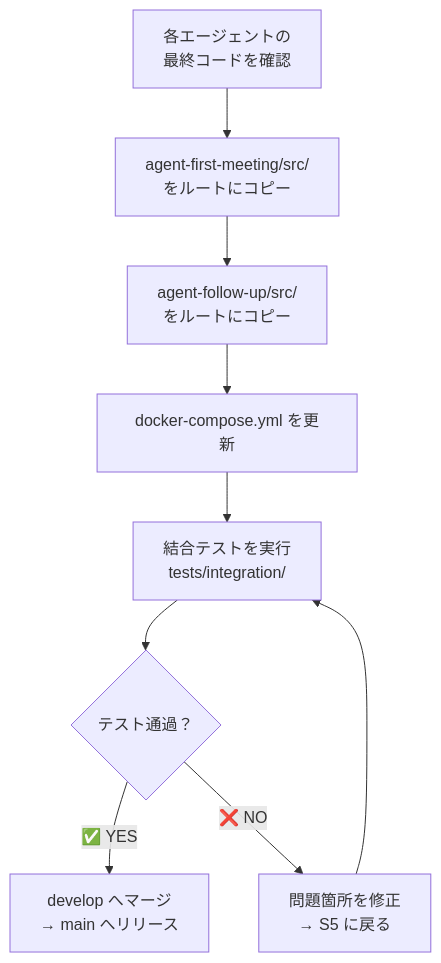
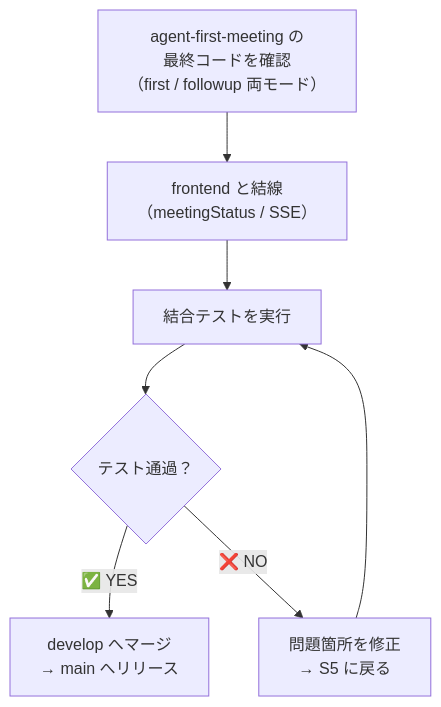
The fifth of 5 diagrams in README.md (mintyobi/agentic_ai_for_hackathon), drawn with Mermaid before and after one commit. The commit also changed other lines of this file and 8 other files, not shown here.

````diff
--- a/README.md
+++ b/README.md
@@ -290,11 +284,9 @@
 ```mermaid
 flowchart TD
-    S1["各エージェントの<br>最終コードを確認"] --> S2["agent-first-meeting/src/<br>をルートにコピー"]
-    S2 --> S3["agent-follow-up/src/<br>をルートにコピー"]
-    S3 --> S4["docker-compose.yml を更新"]
-    S4 --> S5["結合テストを実行<br>tests/integration/"]
+    S1["agent-first-meeting の<br>最終コードを確認<br>（first / followup 両モード）"] --> S2["frontend と結線<br>（meetingStatus / SSE）"]
+    S2 --> S5["結合テストを実行"]
     S5 --> S6{テスト通過？}
     S6 -->|✅ YES| S7["develop へマージ<br>→ main へリリース"]
     S6 -->|❌ NO| S8["問題箇所を修正<br>→ S5 に戻る"]
     S8 --> S5
 ```
````
